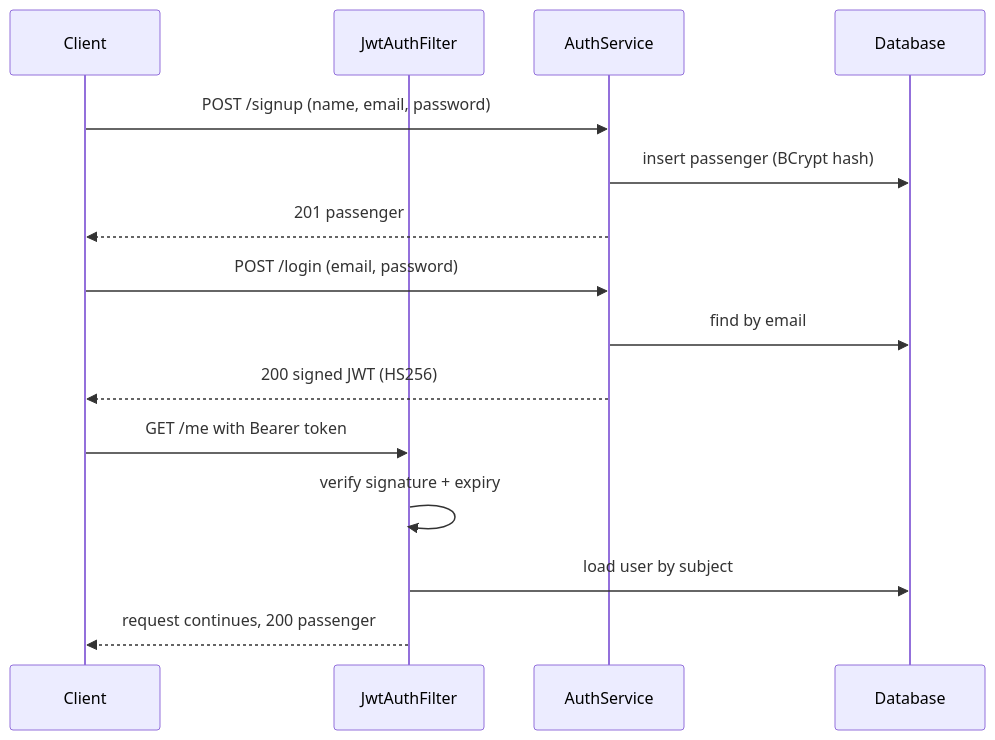
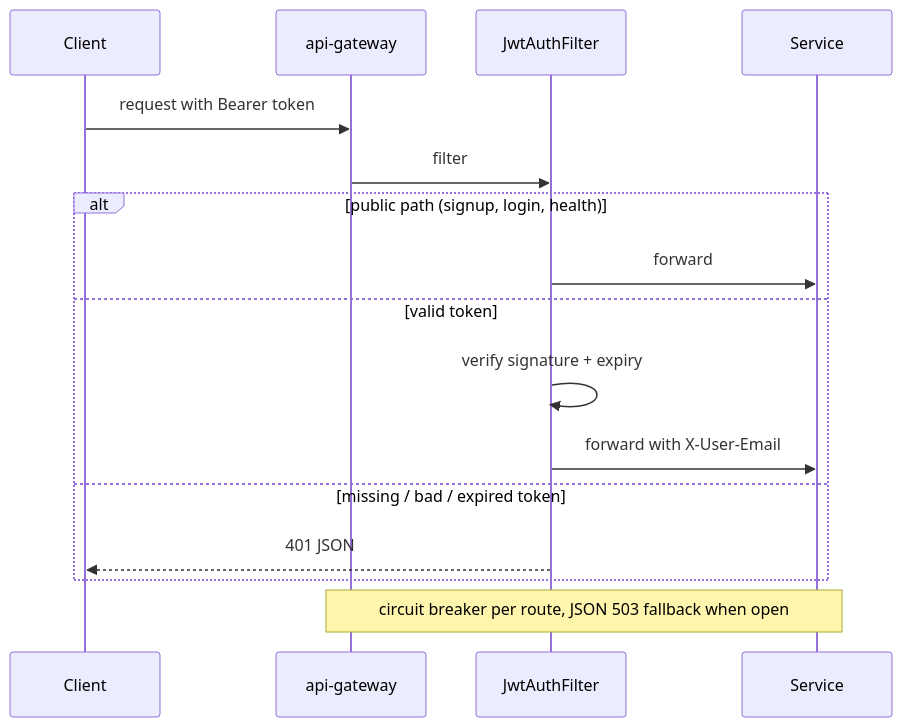
The third of 6 diagrams in docs/HLD.md (piyush932/uber-ride-platform), drawn with Mermaid before and after one commit. The commit also changed other lines of this file and 21 other files, not shown here.

Commit message:
Stage 5: api-gateway (JWT check, circuit breakers, optional Redis rate limit), booking idempotency key and socket circuit breaker, docs

````diff
--- a/docs/HLD.md
+++ b/docs/HLD.md
@@ -77,18 +79,19 @@
 ```mermaid
 sequenceDiagram
     participant C as Client
+    participant GW as api-gateway
     participant F as JwtAuthFilter
-    participant S as AuthService
-    participant DB as Database
+    participant S as Service
 
-    C->>S: POST /signup (name, email, password)
-    S->>DB: insert passenger (BCrypt hash)
-    S-->>C: 201 passenger
-    C->>S: POST /login (email, password)
-    S->>DB: find by email
-    S-->>C: 200 signed JWT (HS256)
-    C->>F: GET /me with Bearer token
-    F->>F: verify signature + expiry
-    F->>DB: load user by subject
-    F-->>C: request continues, 200 passenger
+    C->>GW: request with Bearer token
+    GW->>F: filter
+    alt public path (signup, login, health)
+        F->>S: forward
+    else valid token
+        F->>F: verify signature + expiry
+        F->>S: forward with X-User-Email
+    else missing / bad / expired token
+        F-->>C: 401 JSON
+    end
+    Note over GW,S: circuit breaker per route, JSON 503 fallback when open
 ```
````
